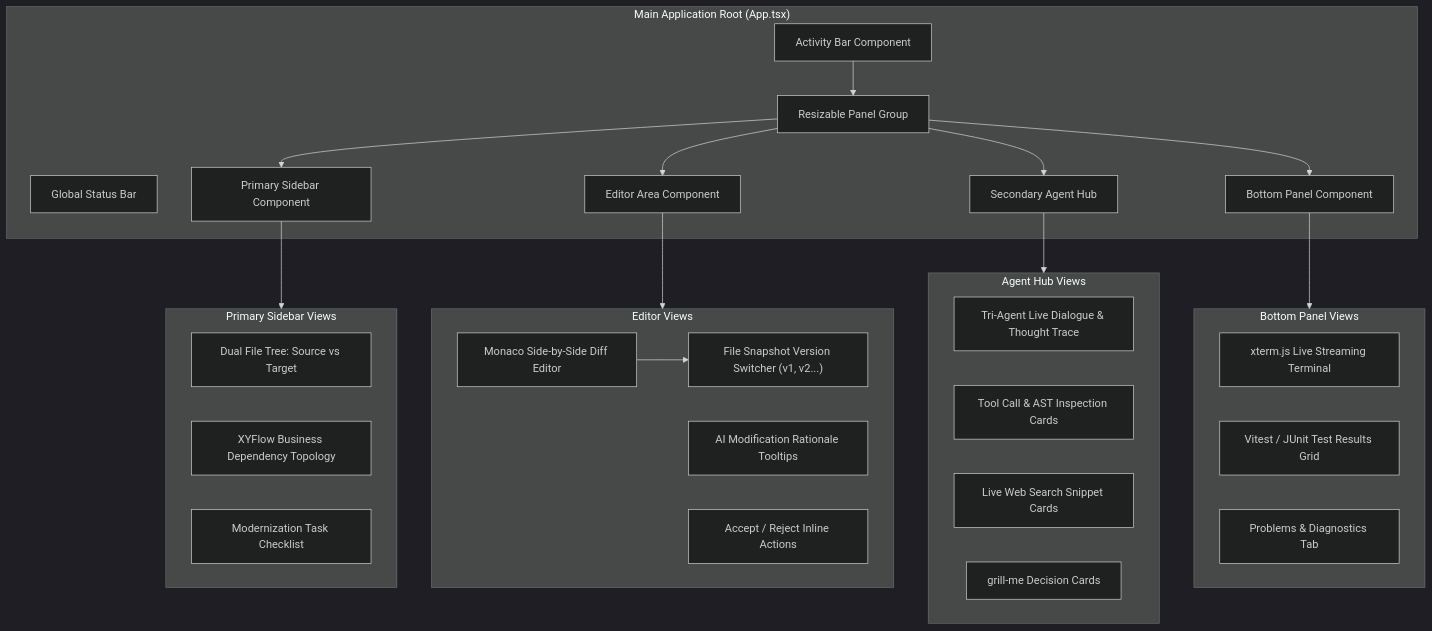
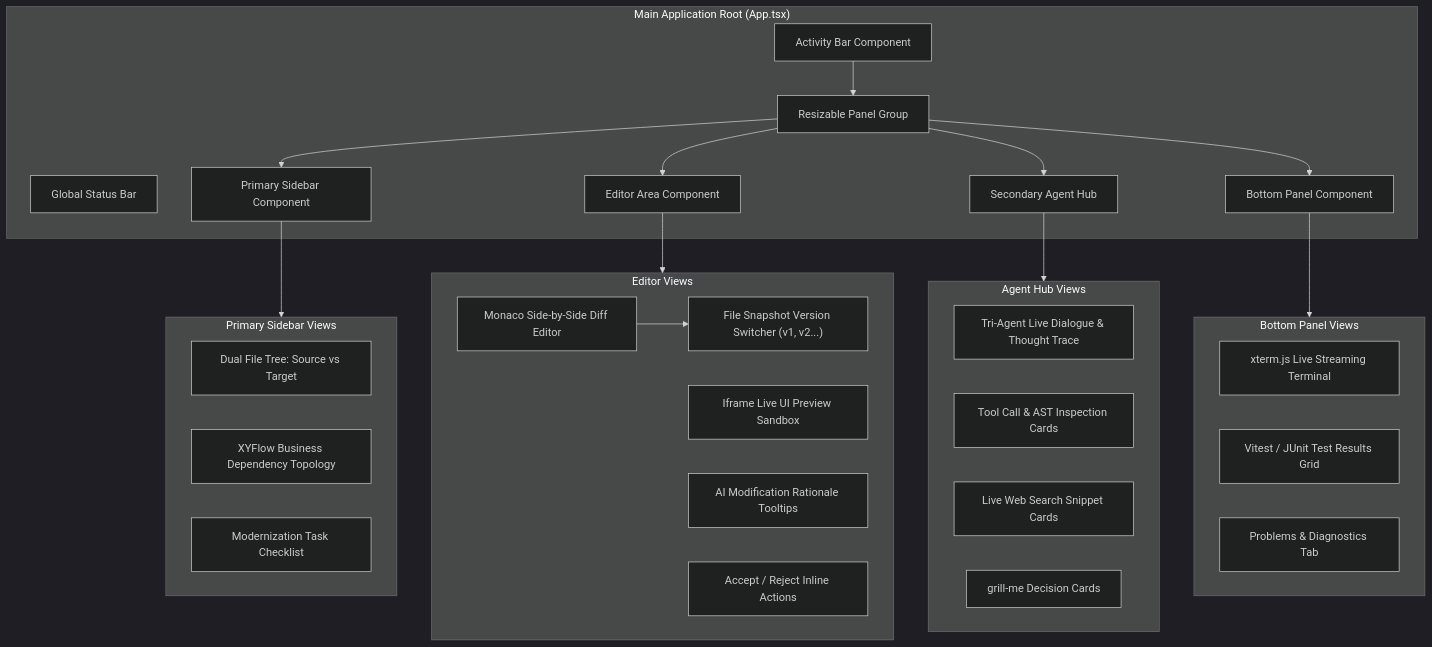
The sixth of 6 diagrams in docs/architecture.md (SakuraCianna/LegacyCodeModernizer), drawn with Mermaid (dark theme) before and after one commit. The commit also changed other lines of this file and 1 other file, not shown here.

Commit message:
docs: 增补分层执行沙箱与前端 iframe 独立实时渲染架构规范

````diff
--- a/docs/architecture.md
+++ b/docs/architecture.md
@@ -210,46 +256,47 @@
 ```mermaid
 graph TB
     subgraph App ["Main Application Root (App.tsx)"]
         ActivityBar["Activity Bar Component"]
         PanelGroup["Resizable Panel Group"]
         StatusBar["Global Status Bar"]
 
         ActivityBar --> PanelGroup
         PanelGroup --> LeftSidebar["Primary Sidebar Component"]
         PanelGroup --> CenterEditor["Editor Area Component"]
         PanelGroup --> RightSidebar["Secondary Agent Hub"]
         PanelGroup --> BottomPanel["Bottom Panel Component"]
     end
 
     subgraph LeftSidebarComponents ["Primary Sidebar Views"]
         FileTree["Dual File Tree: Source vs Target"]
         BusinessMap["XYFlow Business Dependency Topology"]
         TaskRoadmap["Modernization Task Checklist"]
     end
 
     subgraph CenterEditorComponents ["Editor Views"]
         MonacoDiff["Monaco Side-by-Side Diff Editor"]
+        LiveSandboxView["Iframe Live UI Preview Sandbox"]
         VersionSelector["File Snapshot Version Switcher (v1, v2...)"]
         RationaleBadge["AI Modification Rationale Tooltips"]
         InlineReview["Accept / Reject Inline Actions"]
         MonacoDiff --> VersionSelector
     end
 
     subgraph RightSidebarComponents ["Agent Hub Views"]
         AgentChat["Tri-Agent Live Dialogue & Thought Trace"]
         ToolBadge["Tool Call & AST Inspection Cards"]
         DocSnippet["Live Web Search Snippet Cards"]
         GrillCard["grill-me Decision Cards"]
     end
 
     subgraph BottomPanelComponents ["Bottom Panel Views"]
         XtermTerminal["xterm.js Live Streaming Terminal"]
         TestRunner["Vitest / JUnit Test Results Grid"]
         LinterProblems["Problems & Diagnostics Tab"]
     end
 
     LeftSidebar --> LeftSidebarComponents
     CenterEditor --> CenterEditorComponents
     RightSidebar --> RightSidebarComponents
     BottomPanel --> BottomPanelComponents
 ```
````
